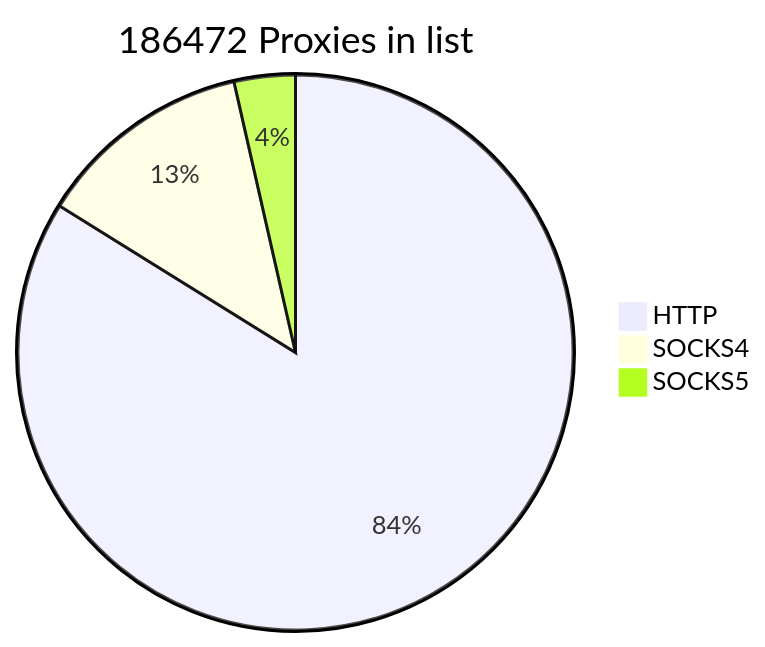
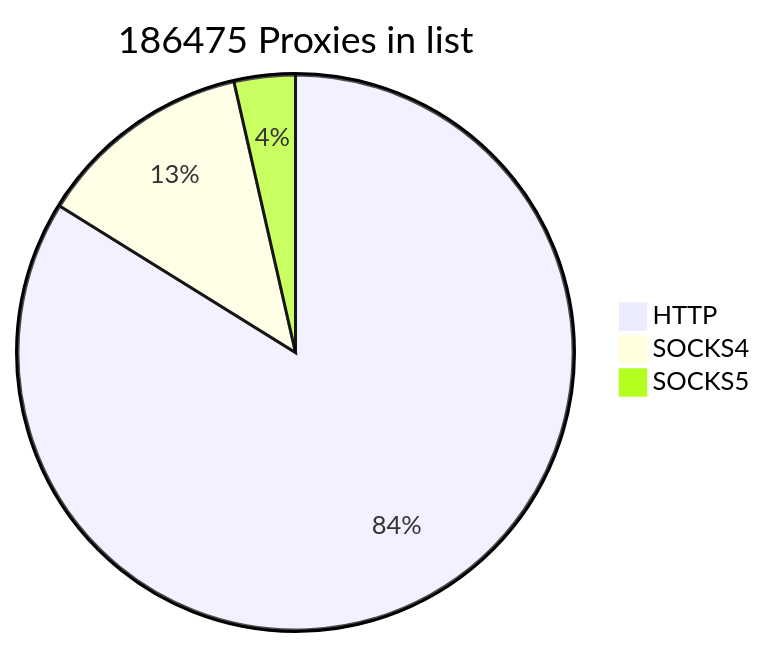
Before and after one commit to cutipu/proxylist: the first of 2 diagrams in README.md, drawn with Mermaid. The commit also changed other lines of this file, not shown here.

````diff
--- a/README.md
+++ b/README.md
@@ -2,7 +2,7 @@
 ```mermaid
-pie title 186472 Proxies in list
+pie title 186475 Proxies in list
     "HTTP" : 156350
     "SOCKS4" : 23490
-    "SOCKS5" : 6632
+    "SOCKS5" : 6635
             
 ```
````
